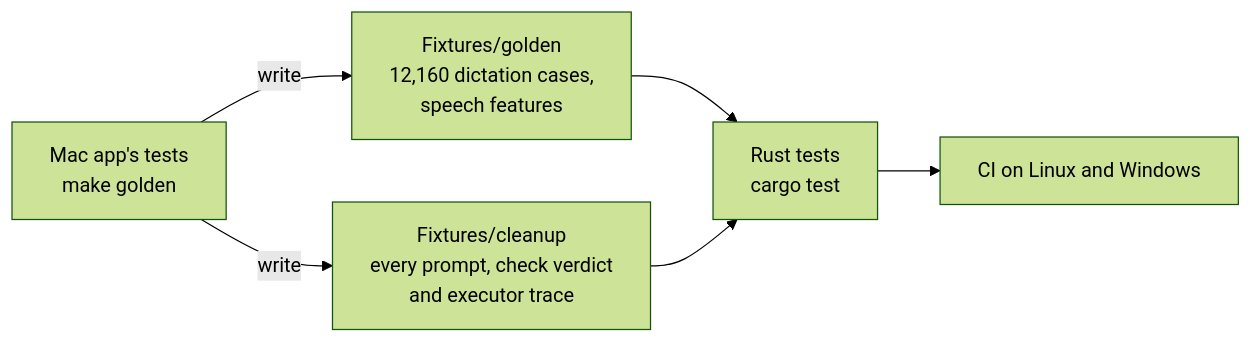
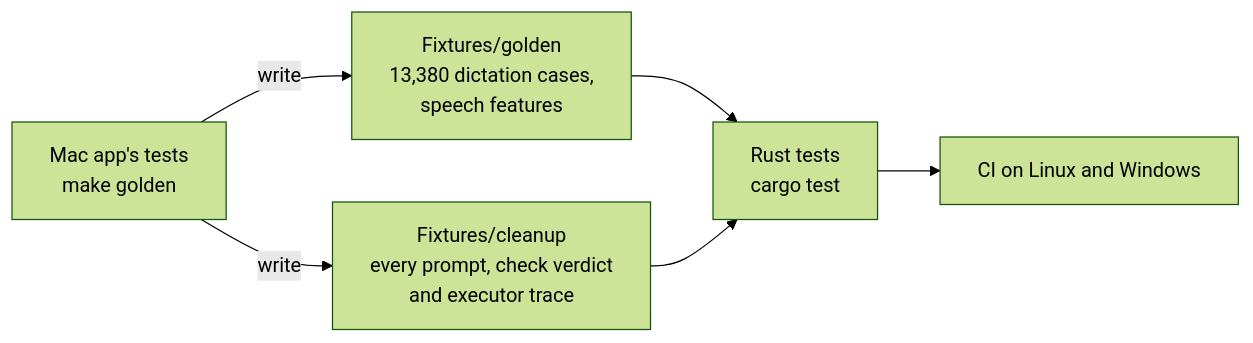
Before and after one commit to Nerdstorm/LiveTranscribe: the eighth of 9 diagrams in docs/architecture.md, drawn with Mermaid (forest theme). The commit also changed other lines of this file and 28 other files, not shown here.

````diff
--- a/docs/architecture.md
+++ b/docs/architecture.md
@@ -336,8 +341,8 @@
 ```mermaid
 flowchart LR
-    SW["Mac app's tests<br/>make golden"] -->|write| G["Fixtures/golden<br/>12,160 dictation cases,<br/>speech features"]
+    SW["Mac app's tests<br/>make golden"] -->|write| G["Fixtures/golden<br/>13,380 dictation cases,<br/>speech features"]
     SW -->|write| CF["Fixtures/cleanup<br/>every prompt, check verdict<br/>and executor trace"]
     G --> RT["Rust tests<br/>cargo test"]
     CF --> RT
     RT --> CI["CI on Linux and Windows"]
 ```
````
